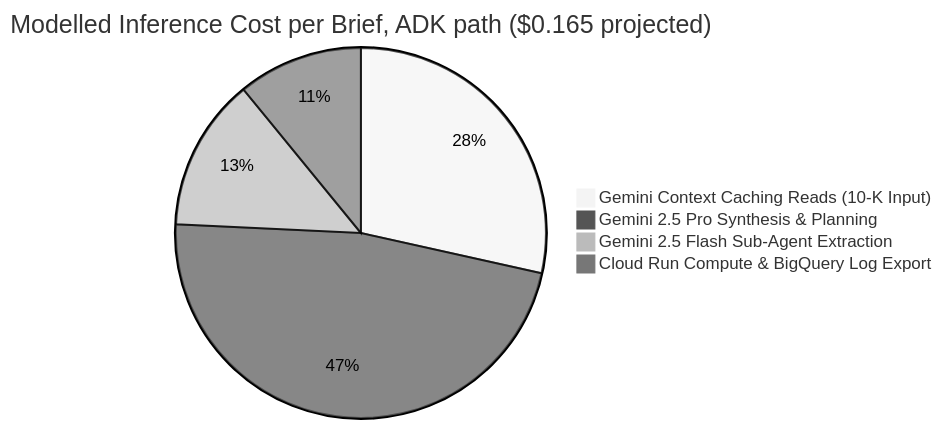
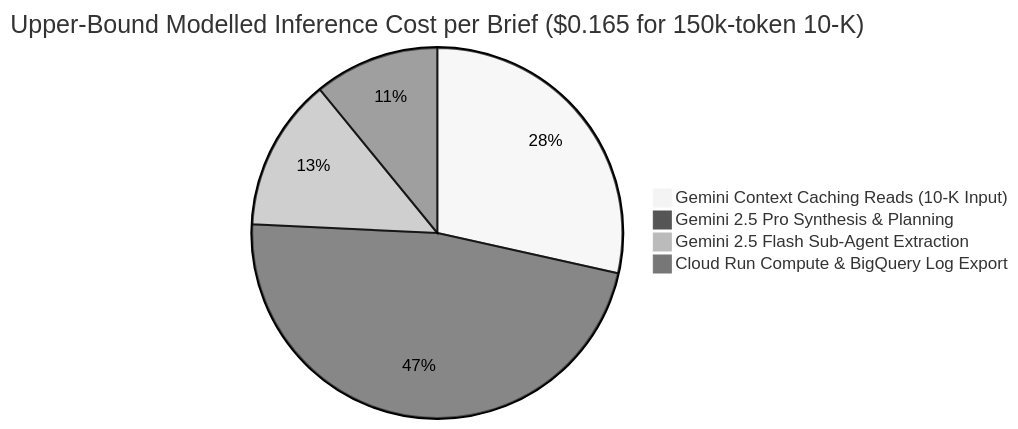
One commit to Ignotus-21/Finance-Agent---Investment-Research-Agent changed the first of 2 diagrams in docs/cost_and_token_analysis.md. Above: the diagram before and after it, drawn with Mermaid (neutral theme). The commit also changed other lines of this file and 66 other files, not shown here.

````diff
--- a/docs/cost_and_token_analysis.md
+++ b/docs/cost_and_token_analysis.md
@@ -47,7 +30,7 @@
 ```mermaid
-pie title Modelled Inference Cost per Brief, ADK path ($0.165 projected)
+pie title Upper-Bound Modelled Inference Cost per Brief ($0.165 for 150k-token 10-K)
     "Gemini Context Caching Reads (10-K Input)" : 0.047
     "Gemini 2.5 Pro Synthesis & Planning" : 0.078
     "Gemini 2.5 Flash Sub-Agent Extraction" : 0.022
     "Cloud Run Compute & BigQuery Log Export" : 0.018
 ```
````
